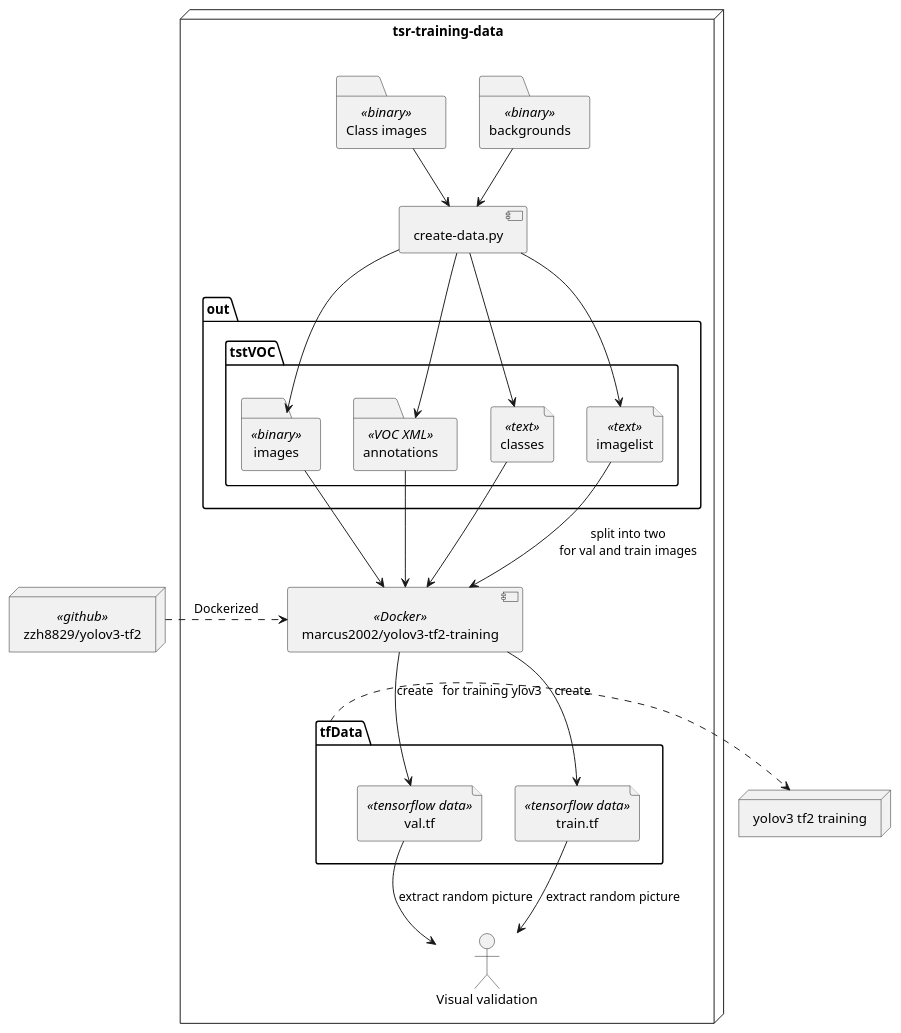
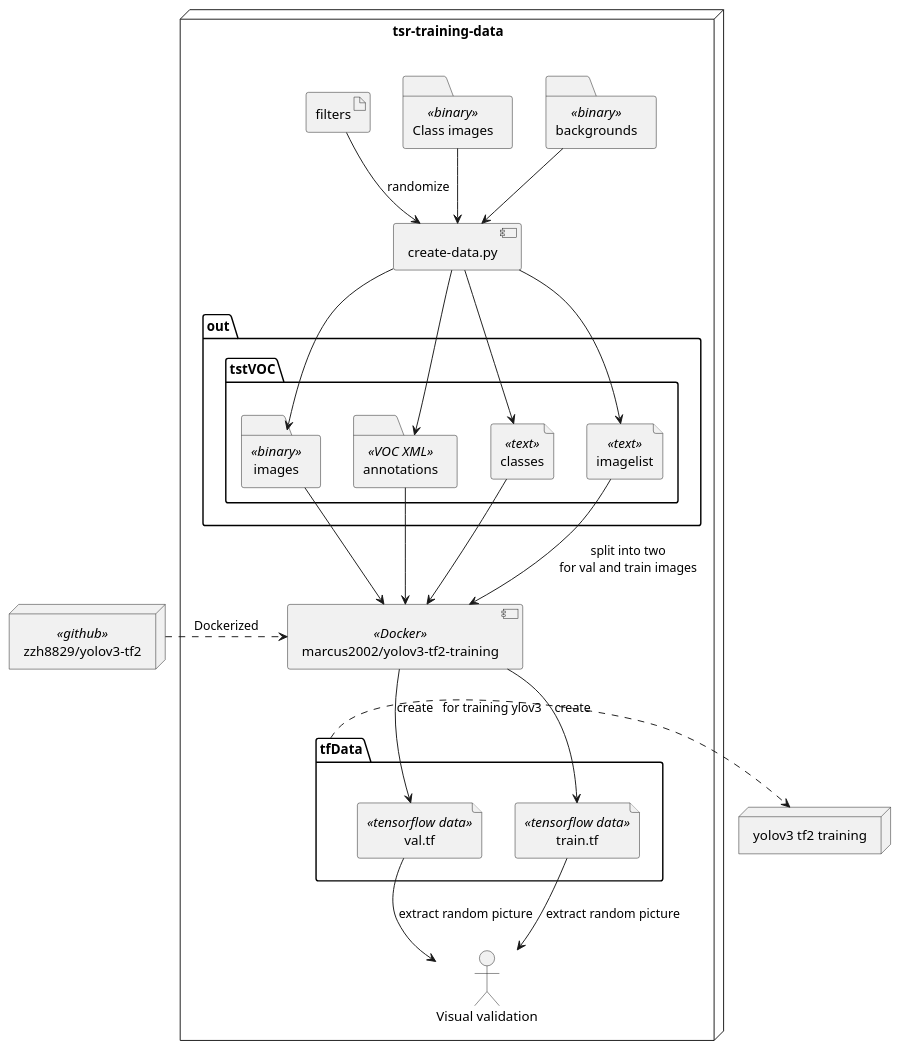
One commit to jarjuk/tsr-training-data changed the diagram in README.org. Above: the diagram before and after it, drawn with PlantUML. The commit also changed other lines of this file and 1 other file, not shown here.

```diff
--- a/README.org
+++ b/README.org
@@ -40,72 +20,73 @@
 #+BEGIN_SRC plantuml :eval no-export :exports results :file pics/architecture.jpg
   node  "zzh8829/yolov3-tf2" as YoloV3Tf2 <<github>> { 
 
   }
 
   node  "tsr-training-data" as TsrTrainingData {
 
 
         folder backgrounds <<binary>>
 
 
+
          folder "Class images" as classimages <<binary>>
-
+         artifact filters
          component "create-data.py" as createTrainingData
 
-
+         filters -->  createTrainingData : randomize
 
 
       folder out {
 
          folder tstVOC {
                 folder images <<binary>>
                 folder annotations <<VOC XML>>
                 file classes <<text>>
                 file imagelist <<text>>
          }
       }
       component  "marcus2002/yolov3-tf2-training" as Marcus2002 <<Docker>>
 
 
     folder tfData {
 
       file val.tf <<tensorflow data>>
       file train.tf  <<tensorflow data>>
     }
 
     actor "Visual validation" as jpgval
 
 
   }
 
 
       classimages --> createTrainingData
       backgrounds --> createTrainingData
 
 
       createTrainingData --> images 
       createTrainingData --> annotations
       createTrainingData --> classes
       createTrainingData --> imagelist
 
 
 
   YoloV3Tf2 .> Marcus2002 : Dockerized
 
   images --> Marcus2002
   annotations --> Marcus2002
       classes --> Marcus2002
       imagelist --> Marcus2002 : split into two\nfor val and train images
 
 
   Marcus2002 --> val.tf : create
   Marcus2002 --> train.tf : create
 
   val.tf --> jpgval : extract random picture
   train.tf --> jpgval : extract random picture
 
   node  "yolov3 tf2 training" as Marcus2002.2
   tfData .> Marcus2002.2 : for training ylov3
 
 
   #+END_SRC
```
